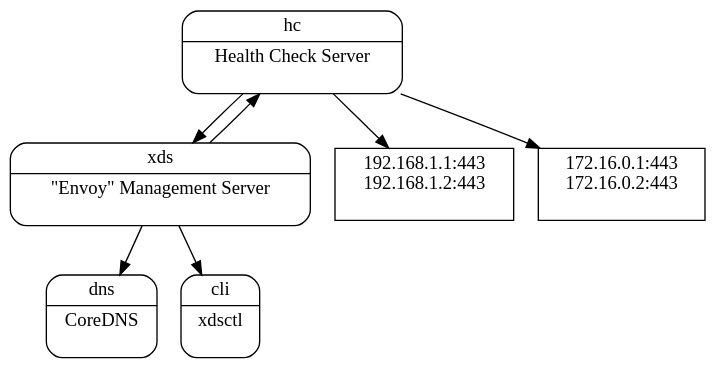
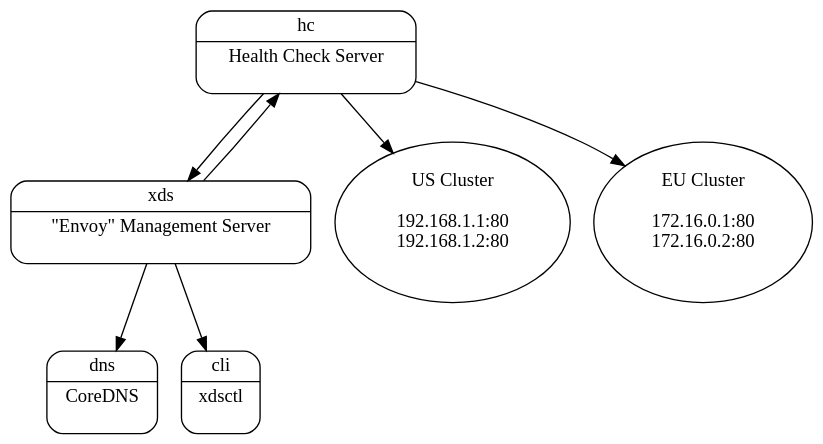
The diagram in xds-overview.dot (miekg/kubeadam), drawn with Graphviz before and after one commit. The commit also changed 2 other files, not shown here.

```diff
--- a/xds-overview.dot
+++ b/xds-overview.dot
@@ -1,33 +1,33 @@
 digraph xds_overview {
     bgcolor="transparent"
     subgraph sub_web_us {
         label="web US";
-        node[shape=record]
-        web_us [label="<f0> 192.168.1.1:443\n192.168.1.2:443\n\n"];
+        node[shape=oval]
+        web_us [label="US Cluster\n\n192.168.1.1:80\n192.168.1.2:80\n\n"];
     }
     subgraph sub_web_eu {
         label="web EU";
-        node[shape=record]
-        web_eu [label="<f0> 172.16.0.1:443\n172.16.0.2:443\n\n"];
+        node[shape=oval]
+        web_eu [label="EU Cluster\n\n172.16.0.1:80\n172.16.0.2:80\n\n"];
     }
     subgraph sub_xds {
         xds [label="{<f0> xds|<f1> \"Envoy\" Management Server\n\n}" shape=Mrecord];
     }
     subgraph sub_hc {
         hc [label="{<f0> hc|<f1> Health Check Server\n\n}" shape=Mrecord];
     }
     subgraph sub_coredns {
         coredns [label="{<f0> dns|<f1> CoreDNS\n\n}" shape=Mrecord];
     }
     subgraph sub_xdsctl {
         xdsctl [label="{<f0> cli|<f1> xdsctl\n\n}" shape=Mrecord];
     }
     {rank=same; web_us, web_eu}
     {rank=same; coredns, xdsctl}
 
     hc -> xds
     xds -> hc
     xds -> coredns
     xds -> xdsctl
     hc -> web_eu, web_us
 }
```
